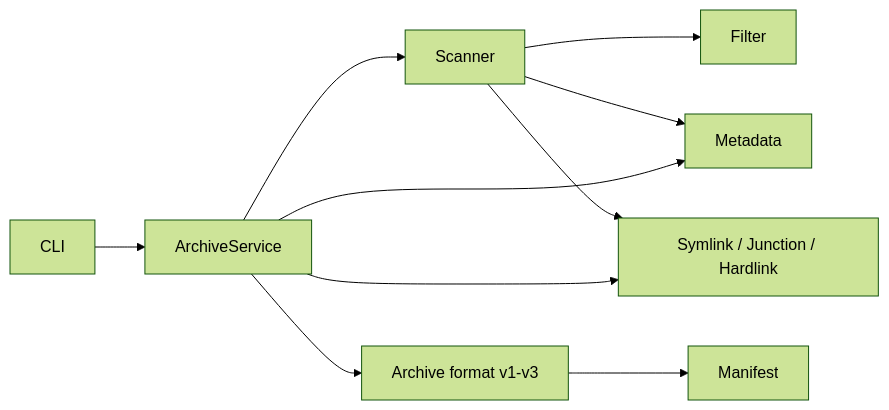
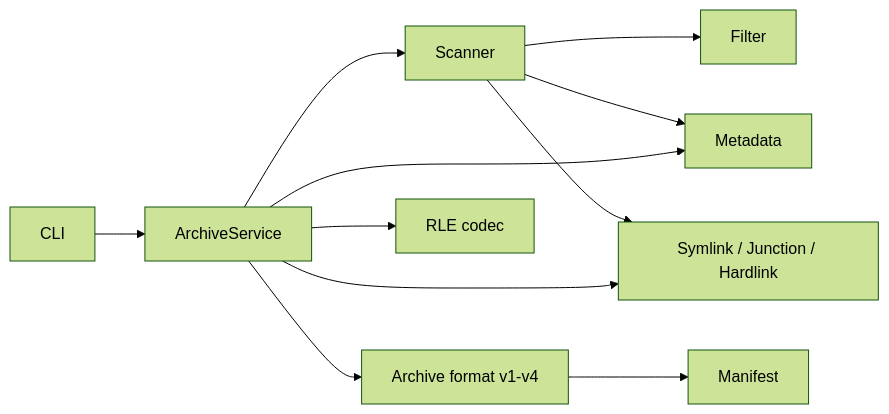
Before and after one commit to taiyehu/backup-master: the first of 3 diagrams in docs/system-design.md, drawn with Mermaid (forest theme). The commit also changed other lines of this file and 13 other files, not shown here.

````diff
--- a/docs/system-design.md
+++ b/docs/system-design.md
@@ -12,12 +13,13 @@
 ```mermaid
 flowchart LR
     CLI --> Service[ArchiveService]
     Service --> Scanner
     Scanner --> Filter
     Scanner --> Metadata
     Scanner --> Links[Symlink / Junction / Hardlink]
-    Service --> Format[Archive format v1-v3]
+    Service --> Format[Archive format v1-v4]
+    Service --> Compression[RLE codec]
     Format --> Manifest
     Service --> Metadata
     Service --> Links
 ```
````
